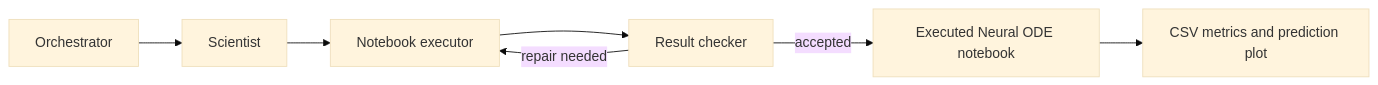
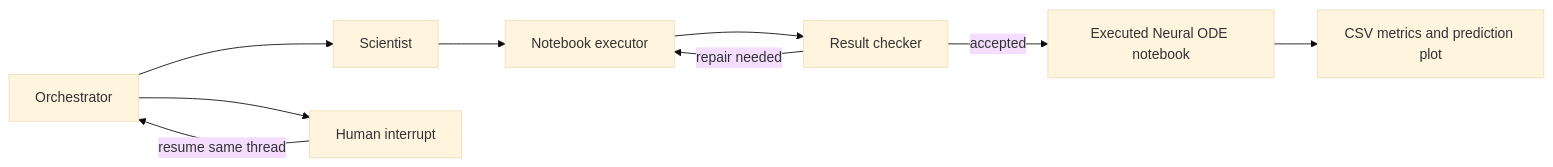
The diagram in README.md (saroyan-sw/multi-agent-neural-ode), drawn with Mermaid (base theme) before and after one commit. The commit also changed other lines of this file and 4 other files, not shown here.

````diff
--- a/README.md
+++ b/README.md
@@ -5,9 +5,11 @@
 ```mermaid
 flowchart LR
     O[Orchestrator] --> S[Scientist]
     S --> E[Notebook executor]
+    O --> H[Human interrupt]
+    H -->|resume same thread| O
     E --> C[Result checker]
     C -->|repair needed| E
     C -->|accepted| N[Executed Neural ODE notebook]
     N --> R[CSV metrics and prediction plot]
 ```
````
